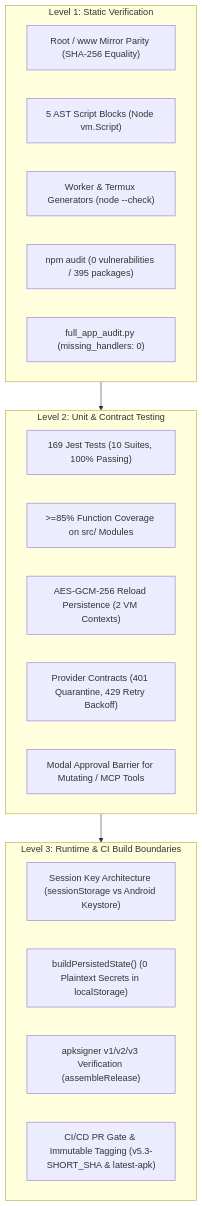
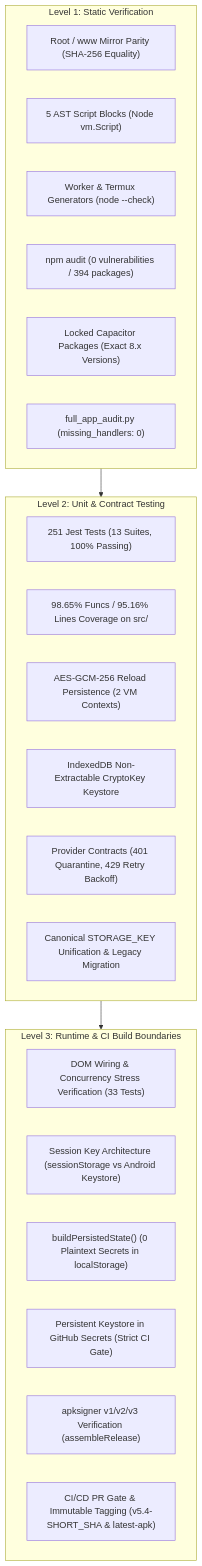
Before and after one commit to dicardotr46-max/EG-Nexus-OS: the first of 2 diagrams in AUDIT_REPORT.md, drawn with Mermaid. The commit also changed other lines of this file and 26 other files, not shown here.

Commit message:
feat(v5.4): wire global runtime aliases, unify STORAGE_KEY, enforce IDB non-extractable CryptoKey, add DOM & concurrency stress suites (251 tests) and persist production release keystore

````diff
--- a/AUDIT_REPORT.md
+++ b/AUDIT_REPORT.md
@@ -21,28 +21,32 @@
 ```mermaid
 flowchart TD
     subgraph LEVEL_1["Level 1: Static Verification"]
         PARITY["Root / www Mirror Parity (SHA-256 Equality)"]
         AST["5 AST Script Blocks (Node vm.Script)"]
         TMPL["Worker & Termux Generators (node --check)"]
-        NPM["npm audit (0 vulnerabilities / 395 packages)"]
+        NPM["npm audit (0 vulnerabilities / 394 packages)"]
+        PINS["Locked Capacitor Packages (Exact 8.x Versions)"]
         PARSER["full_app_audit.py (missing_handlers: 0)"]
     end
 
     subgraph LEVEL_2["Level 2: Unit & Contract Testing"]
-        JEST["169 Jest Tests (10 Suites, 100% Passing)"]
-        COV[">=85% Function Coverage on src/ Modules"]
+        JEST["251 Jest Tests (13 Suites, 100% Passing)"]
+        COV["98.65% Funcs / 95.16% Lines Coverage on src/"]
         RELOAD["AES-GCM-256 Reload Persistence (2 VM Contexts)"]
+        IDB_KEY["IndexedDB Non-Extractable CryptoKey Keystore"]
         PROVIDER["Provider Contracts (401 Quarantine, 429 Retry Backoff)"]
-        APPROVAL["Modal Approval Barrier for Mutating / MCP Tools"]
+        STORAGE_UNIF["Canonical STORAGE_KEY Unification & Legacy Migration"]
     end
 
     subgraph LEVEL_3["Level 3: Runtime & CI Build Boundaries"]
+        DOM_WIRING["DOM Wiring & Concurrency Stress Verification (33 Tests)"]
         SESSION["Session Key Architecture (sessionStorage vs Android Keystore)"]
         STRIP["buildPersistedState() (0 Plaintext Secrets in localStorage)"]
+        SECRETS_GATE["Persistent Keystore in GitHub Secrets (Strict CI Gate)"]
         SIGN["apksigner v1/v2/v3 Verification (assembleRelease)"]
-        GATE["CI/CD PR Gate & Immutable Tagging (v5.3-SHORT_SHA & latest-apk)"]
+        GATE["CI/CD PR Gate & Immutable Tagging (v5.4-SHORT_SHA & latest-apk)"]
     end
 
     LEVEL_1 --> LEVEL_2
     LEVEL_2 --> LEVEL_3
 ```
````
